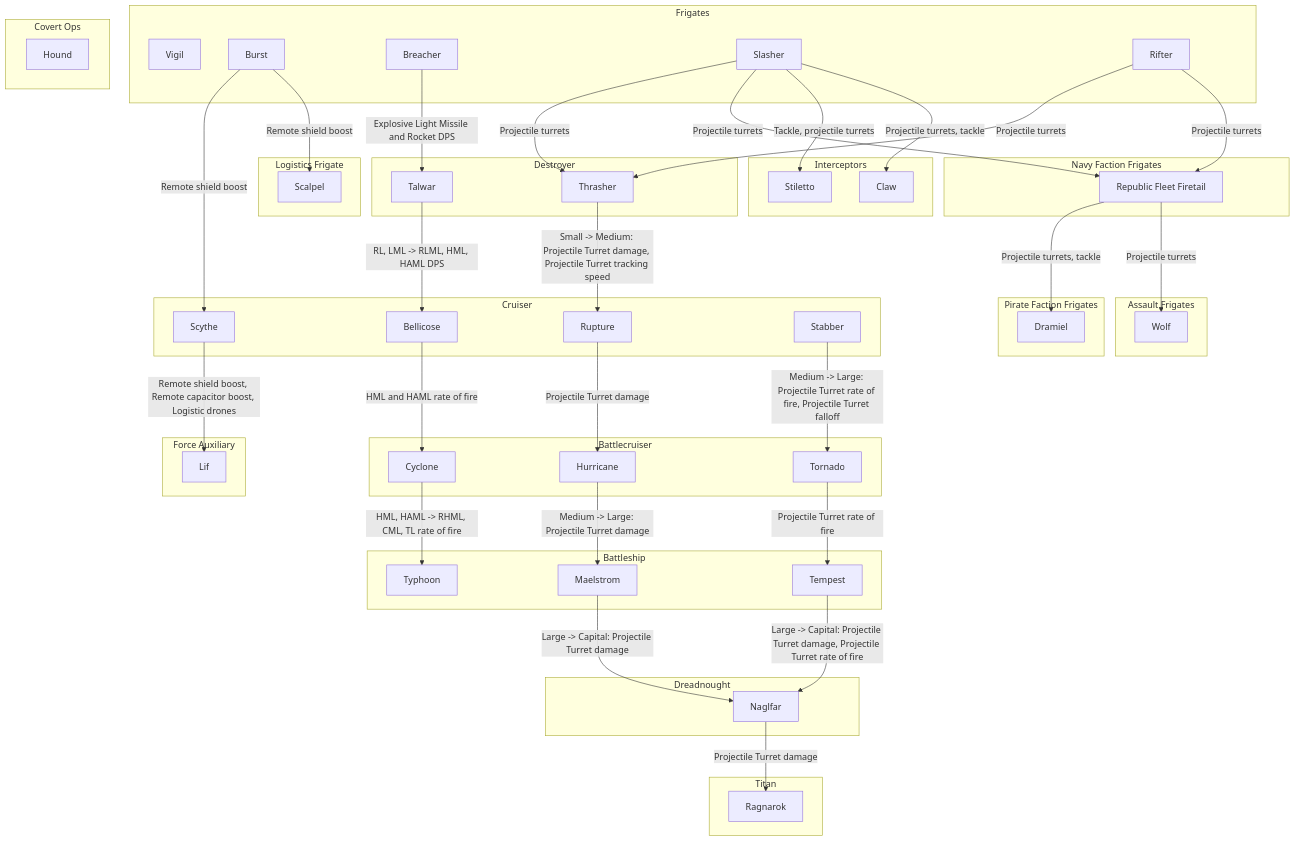
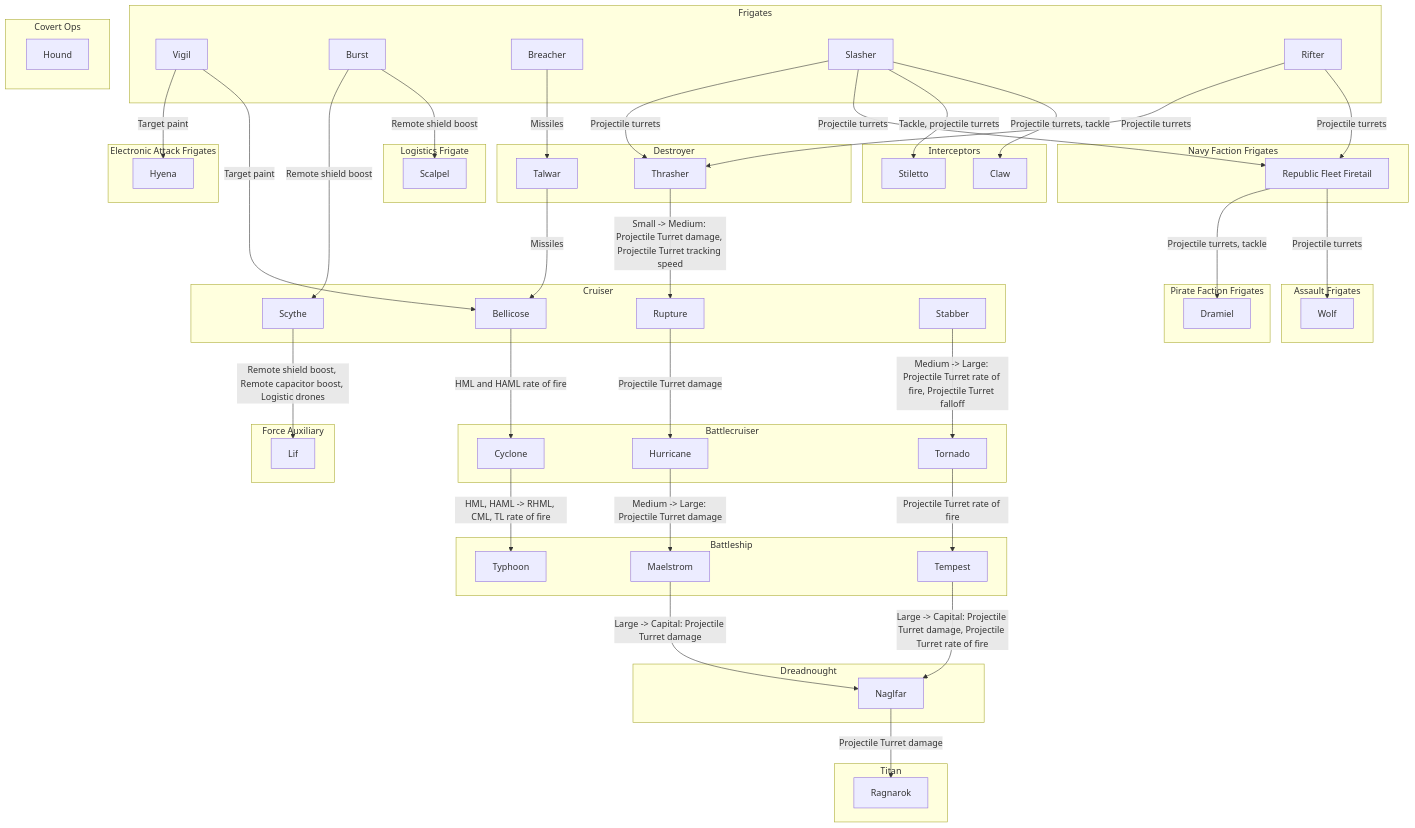
Before and after one commit to Skybladev2/EveShipsProgression: the diagram in README.md, drawn with Mermaid.

Commit message:
Add Vigil

````diff
--- a/README.md
+++ b/README.md
@@ -42,8 +42,8 @@
 	n6 -->|"Small -> Medium: Projectile Turret damage, Projectile Turret tracking speed"| n7
 	n7 -->|"Projectile Turret damage"| n8
 	n8 -->|"Medium -> Large: Projectile Turret damage"| n9
-	n10 -->|"Explosive Light Missile and Rocket DPS"| n11
-	n11 -->|"RL, LML -> RLML, HML, HAML DPS"| n12
+	n10 -->|"Missiles"| n11
+	n11 -->|"Missiles"| n12
 	n12 -->|"HML and HAML rate of fire"| n13
 	n13 -->|" HML, HAML -> RHML, CML, TL rate of fire"| n14
 	subgraph s6["Dreadnought"]
@@ -91,4 +91,9 @@
 	n10
 	n27
 	n17 -->|"Remote shield boost"| n20
+	subgraph s15["Electronic Attack Frigates"]
+		n28["Hyena"]
+	end
+	n21 -->|"Target paint"| n28
+	n21 -->|"Target paint"| n12
 ```
````
